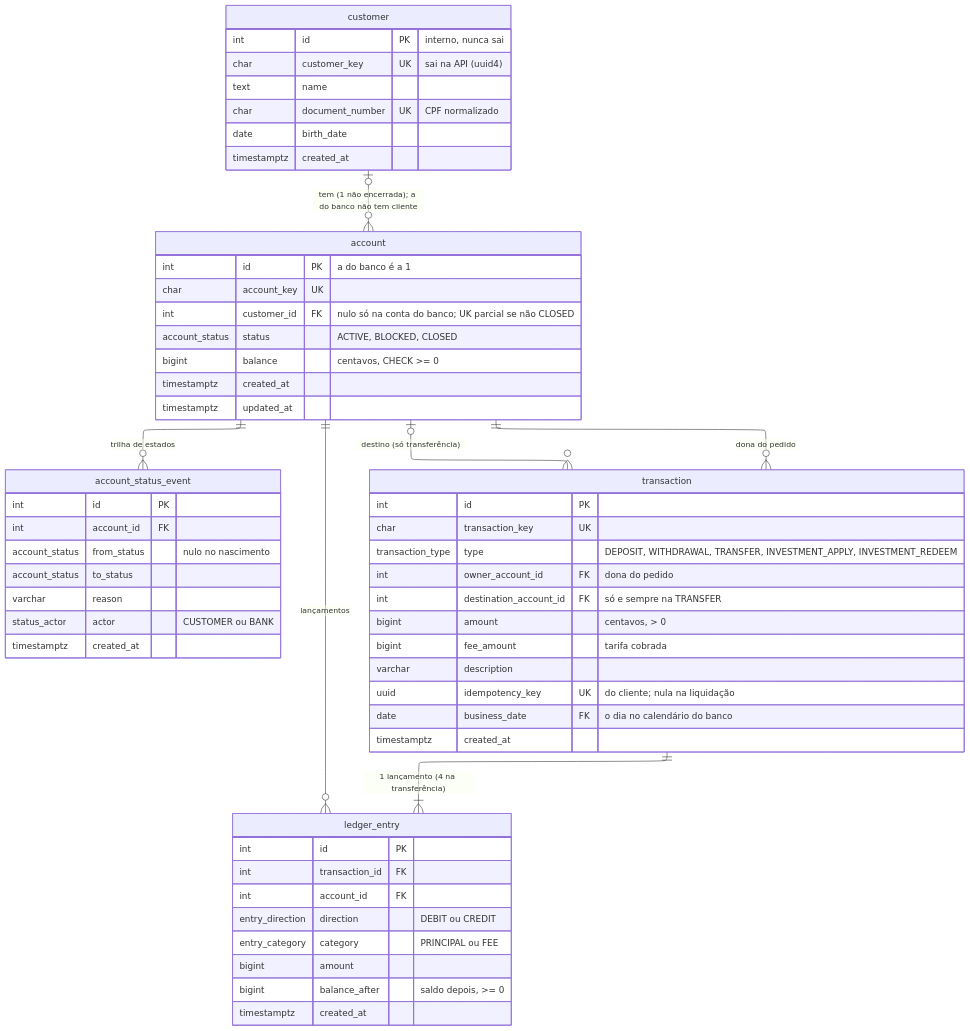
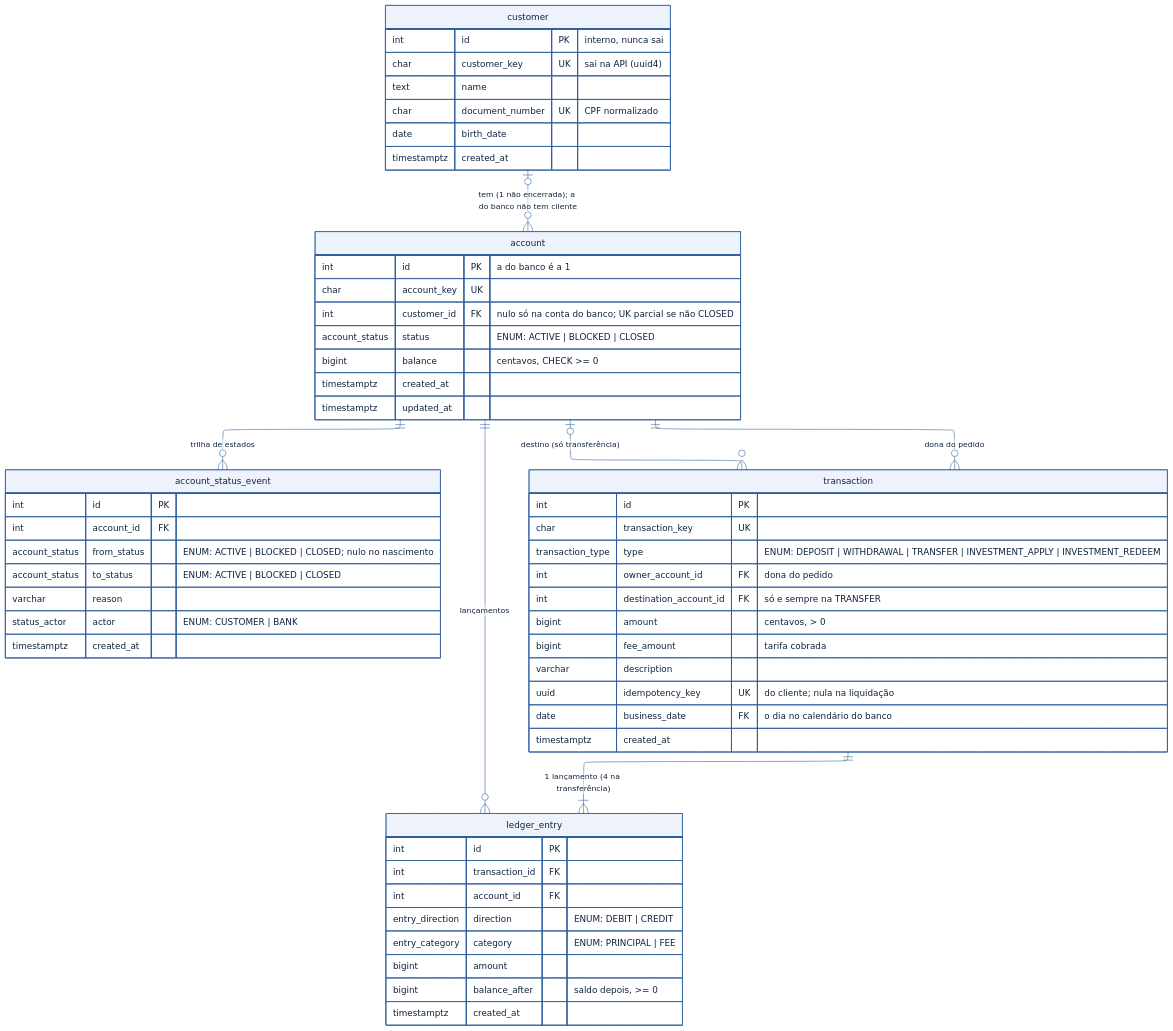
The diagram in docs/diagramas/er-nucleo.mmd (heluylucas/bootcamp-qi-tech-presidas-), drawn with Mermaid before and after one commit. The commit also changed 18 other files, not shown here.

Commit message:
:hammer: update: diagrams-blue-theme-&-enum-notation

```diff
--- a/docs/diagramas/er-nucleo.mmd
+++ b/docs/diagramas/er-nucleo.mmd
@@ -1,64 +1,75 @@
 ---
 config:
+  theme: base
+  themeVariables:
+    primaryColor: "#eef3fb"
+    primaryBorderColor: "#2f5f9e"
+    primaryTextColor: "#10233f"
+    lineColor: "#2f5f9e"
+    secondaryColor: "#f7f9fd"
+    tertiaryColor: "#ffffff"
+    noteBkgColor: "#f7f9fd"
+    noteBorderColor: "#2f5f9e"
+    noteTextColor: "#10233f"
   layout: elk
   elk:
     mergeEdges: false
     nodePlacementStrategy: NETWORK_SIMPLEX
 ---
 erDiagram
     customer |o--o{ account : "tem (1 não encerrada); a do banco não tem cliente"
     account ||--o{ account_status_event : "trilha de estados"
     account ||--o{ transaction : "dona do pedido"
     account |o--o{ transaction : "destino (só transferência)"
     transaction ||--|{ ledger_entry : "1 lançamento (4 na transferência)"
     account ||--o{ ledger_entry : "lançamentos"
 
     customer {
         int id PK "interno, nunca sai"
         char customer_key UK "sai na API (uuid4)"
         text name
         char document_number UK "CPF normalizado"
         date birth_date
         timestamptz created_at
     }
     account {
         int id PK "a do banco é a 1"
         char account_key UK
         int customer_id FK "nulo só na conta do banco; UK parcial se não CLOSED"
-        account_status status "ACTIVE, BLOCKED, CLOSED"
+        account_status status "ENUM: ACTIVE | BLOCKED | CLOSED"
         bigint balance "centavos, CHECK >= 0"
         timestamptz created_at
         timestamptz updated_at
     }
     account_status_event {
         int id PK
         int account_id FK
-        account_status from_status "nulo no nascimento"
-        account_status to_status
+        account_status from_status "ENUM: ACTIVE | BLOCKED | CLOSED; nulo no nascimento"
+        account_status to_status "ENUM: ACTIVE | BLOCKED | CLOSED"
         varchar reason
-        status_actor actor "CUSTOMER ou BANK"
+        status_actor actor "ENUM: CUSTOMER | BANK"
         timestamptz created_at
     }
     transaction {
         int id PK
         char transaction_key UK
-        transaction_type type "DEPOSIT, WITHDRAWAL, TRANSFER, INVESTMENT_APPLY, INVESTMENT_REDEEM"
+        transaction_type type "ENUM: DEPOSIT | WITHDRAWAL | TRANSFER | INVESTMENT_APPLY | INVESTMENT_REDEEM"
         int owner_account_id FK "dona do pedido"
         int destination_account_id FK "só e sempre na TRANSFER"
         bigint amount "centavos, > 0"
         bigint fee_amount "tarifa cobrada"
         varchar description
         uuid idempotency_key UK "do cliente; nula na liquidação"
         date business_date FK "o dia no calendário do banco"
         timestamptz created_at
     }
     ledger_entry {
         int id PK
         int transaction_id FK
         int account_id FK
-        entry_direction direction "DEBIT ou CREDIT"
-        entry_category category "PRINCIPAL ou FEE"
+        entry_direction direction "ENUM: DEBIT | CREDIT"
+        entry_category category "ENUM: PRINCIPAL | FEE"
         bigint amount
         bigint balance_after "saldo depois, >= 0"
         timestamptz created_at
     }
```
